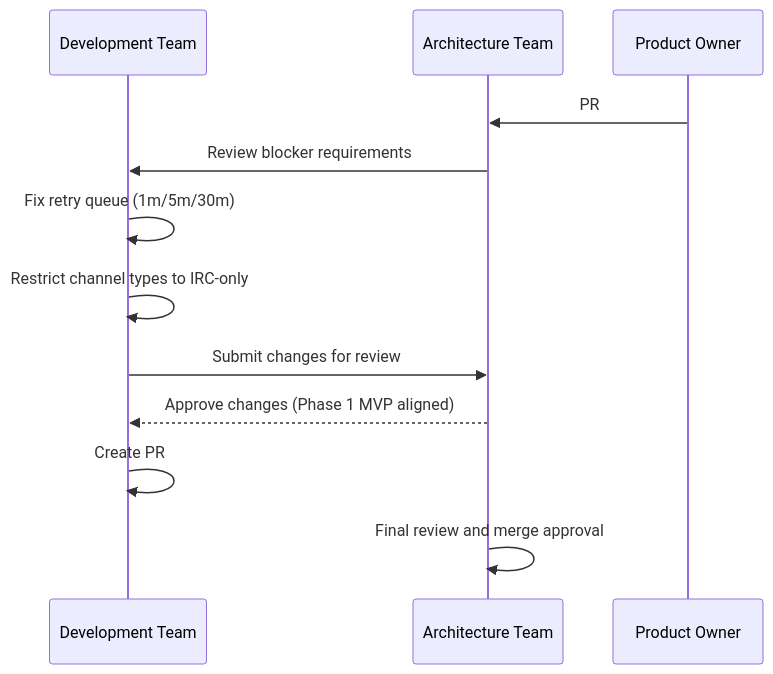
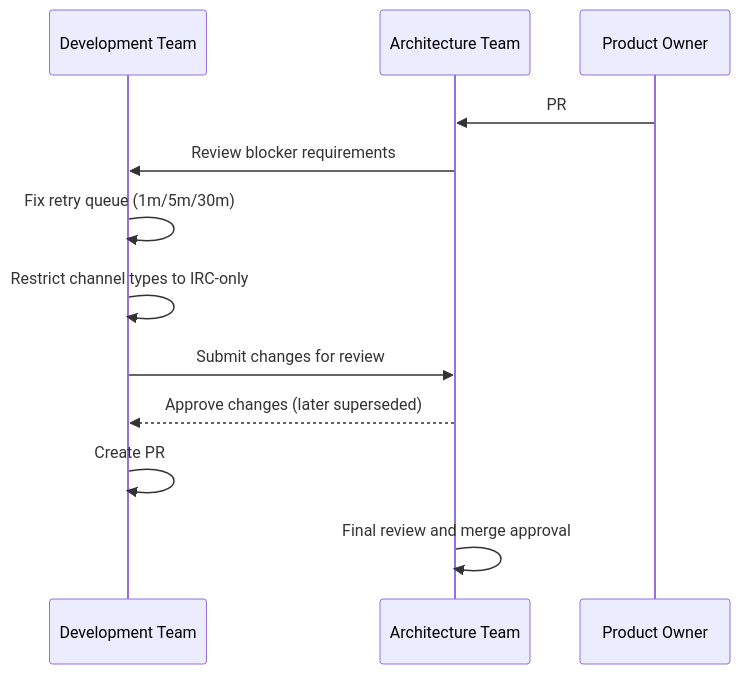
The diagram in .docs/GOV_LOGS/GOV-004-pr-131-blocker-fixes.md (csim-sg/yacc), drawn with Mermaid before and after one commit. The commit also changed other lines of this file and 12 other files, not shown here.

````diff
--- a/.docs/GOV_LOGS/GOV-004-pr-131-blocker-fixes.md
+++ b/.docs/GOV_LOGS/GOV-004-pr-131-blocker-fixes.md
@@ -62,15 +63,15 @@
 ```mermaid
 sequenceDiagram
   participant Dev as Development Team
   participant Arch as Architecture Team
   participant PO as Product Owner
   
   PO->>Arch: PR #131 blockers identified (#134, #135)
   Arch->>Dev: Review blocker requirements
   Dev->>Dev: Fix retry queue (1m/5m/30m)
   Dev->>Dev: Restrict channel types to IRC-only
   Dev->>Arch: Submit changes for review
-  Arch-->>Dev: Approve changes (Phase 1 MVP aligned)
+  Arch-->>Dev: Approve changes (later superseded)
   Dev->>Dev: Create PR #142
   Arch->>Arch: Final review and merge approval
 ```
````
